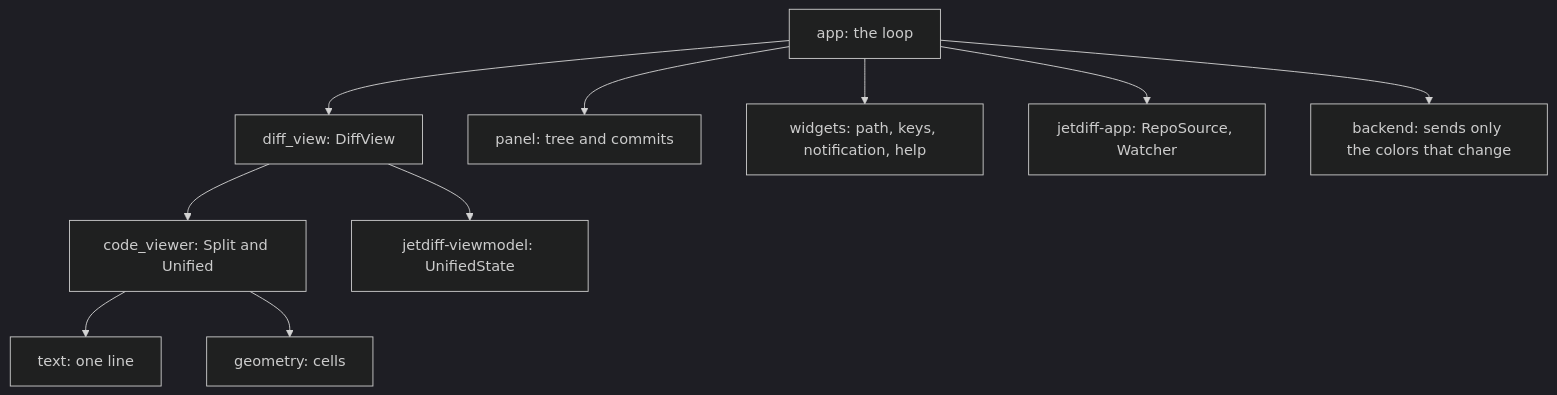
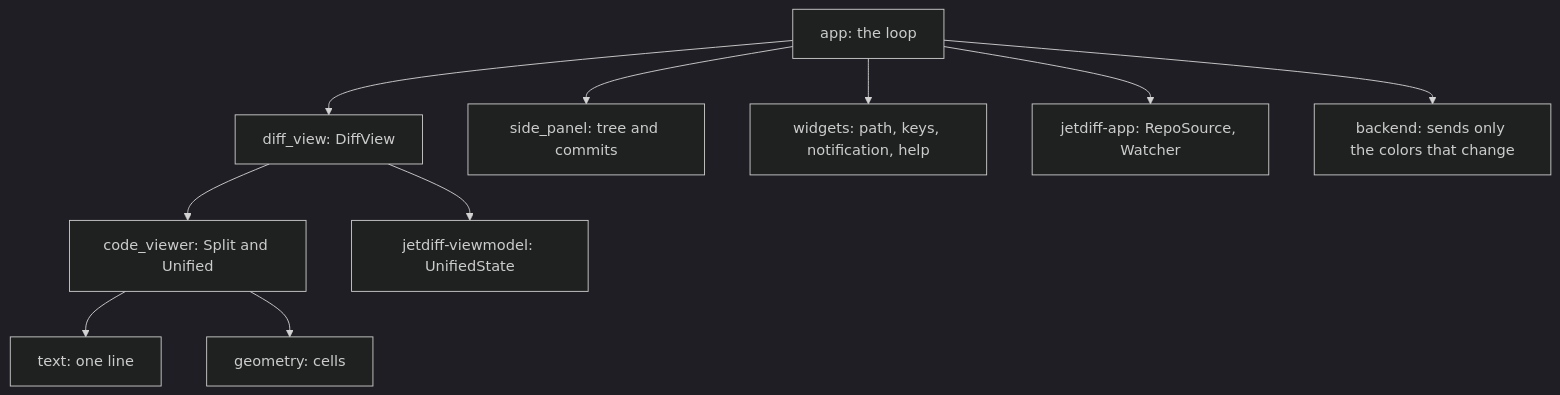
One commit to akemkers/jetdiff changed the diagram in crates/jetdiff-tui/README.md. Above: the diagram before and after it, drawn with Mermaid (dark theme). The commit also changed 48 other files, not shown here.

````diff
--- a/crates/jetdiff-tui/README.md
+++ b/crates/jetdiff-tui/README.md
@@ -32,12 +32,12 @@
 ```mermaid
 graph TD
     app[app: the loop] --> diff[diff_view: DiffView]
-    app --> panel[panel: tree and commits]
+    app --> side_panel[side_panel: tree and commits]
     app --> widgets[widgets: path, keys, notification, help]
     app --> source[jetdiff-app: RepoSource, Watcher]
     app --> backend[backend: sends only the colors that change]
     diff --> viewer[code_viewer: Split and Unified]
     viewer --> text[text: one line]
     viewer --> geometry[geometry: cells]
     diff --> state[jetdiff-viewmodel: UnifiedState]
 ```
````
